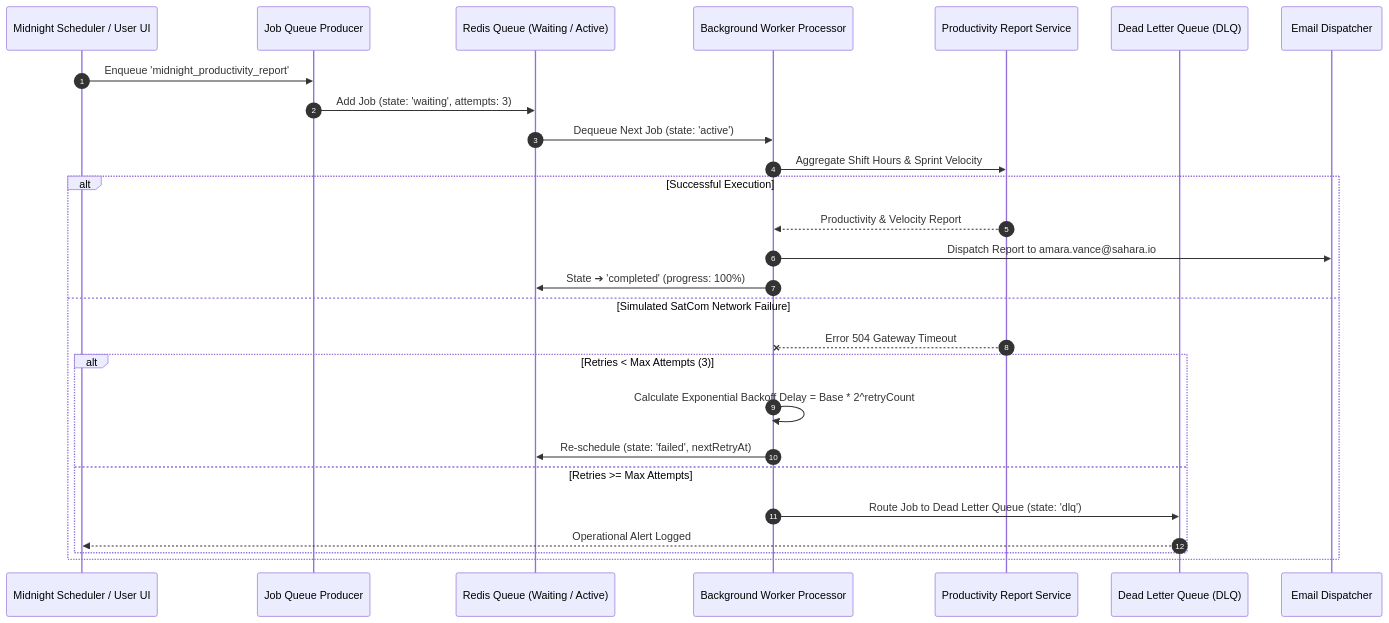
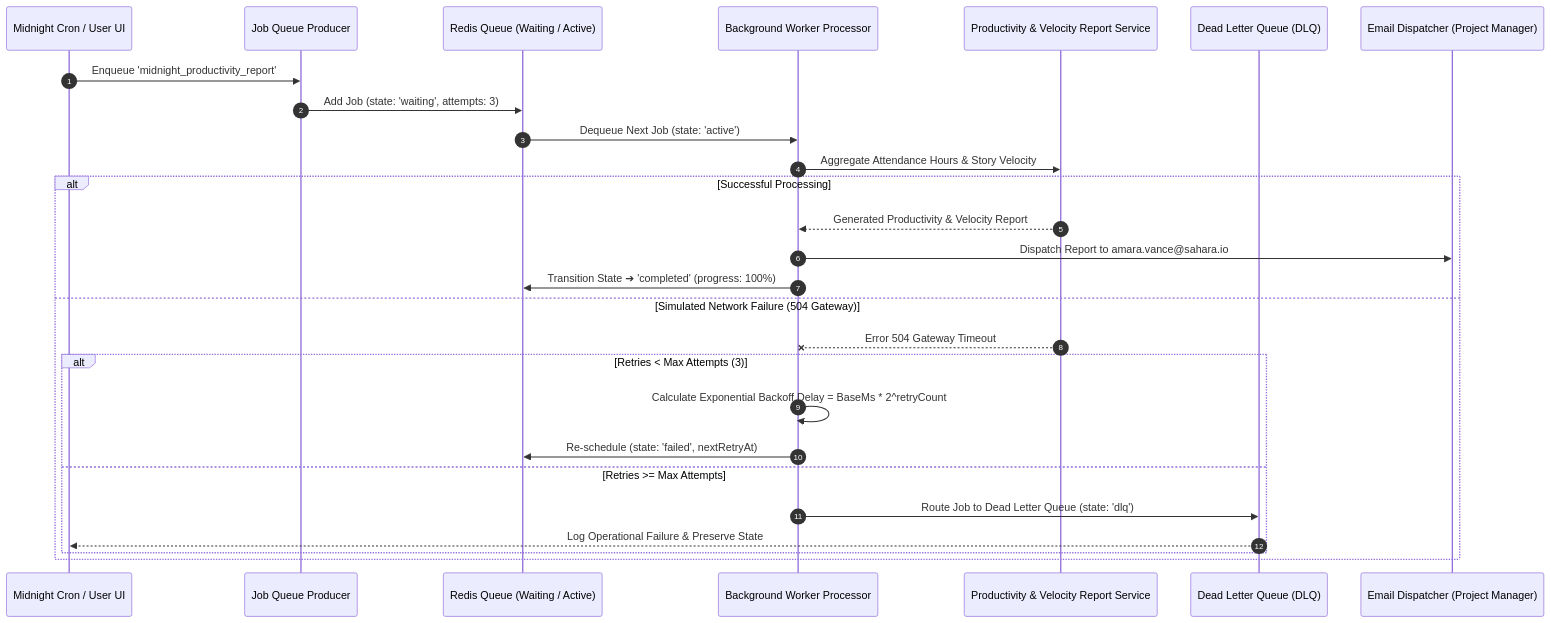
Before and after one commit to endse/Sahara-agile: the second of 3 diagrams in README.md, drawn with Mermaid. The commit also changed other lines of this file and 5 other files, not shown here.

````diff
--- a/README.md
+++ b/README.md
@@ -218,31 +56,31 @@
 ```mermaid
 sequenceDiagram
     autonumber
-    participant Cron as Midnight Scheduler / User UI
+    participant Cron as Midnight Cron / User UI
     participant Producer as Job Queue Producer
     participant Queue as Redis Queue (Waiting / Active)
     participant Worker as Background Worker Processor
-    participant Service as Productivity Report Service
+    participant Service as Productivity & Velocity Report Service
     participant DLQ as Dead Letter Queue (DLQ)
-    participant Email as Email Dispatcher
+    participant Email as Email Dispatcher (Project Manager)
 
     Cron->>Producer: Enqueue 'midnight_productivity_report'
     Producer->>Queue: Add Job (state: 'waiting', attempts: 3)
     Queue->>Worker: Dequeue Next Job (state: 'active')
-    Worker->>Service: Aggregate Shift Hours & Sprint Velocity
+    Worker->>Service: Aggregate Attendance Hours & Story Velocity
     
-    alt Successful Execution
-        Service-->>Worker: Productivity & Velocity Report
+    alt Successful Processing
+        Service-->>Worker: Generated Productivity & Velocity Report
         Worker->>Email: Dispatch Report to amara.vance@sahara.io
-        Worker->>Queue: State ➔ 'completed' (progress: 100%)
-    else Simulated SatCom Network Failure
+        Worker->>Queue: Transition State ➔ 'completed' (progress: 100%)
+    else Simulated Network Failure (504 Gateway)
         Service--xWorker: Error 504 Gateway Timeout
         alt Retries < Max Attempts (3)
-            Worker->>Worker: Calculate Exponential Backoff Delay = Base * 2^retryCount
+            Worker->>Worker: Calculate Exponential Backoff Delay = BaseMs * 2^retryCount
             Worker->>Queue: Re-schedule (state: 'failed', nextRetryAt)
         else Retries >= Max Attempts
             Worker->>DLQ: Route Job to Dead Letter Queue (state: 'dlq')
-            DLQ-->>Cron: Operational Alert Logged
+            DLQ-->>Cron: Log Operational Failure & Preserve State
         end
     end
 ```
````
